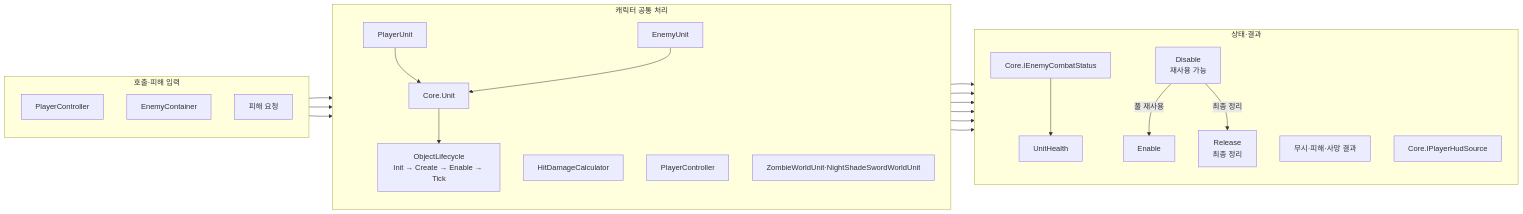
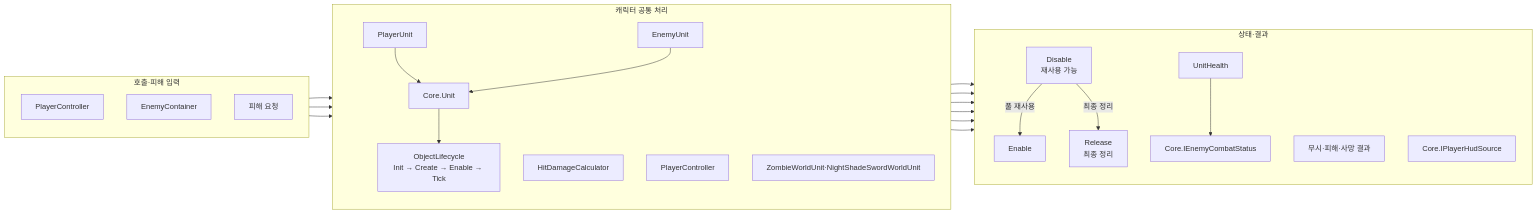
Before and after one commit to rudIsland/3D_Game_Dev: the diagram in WorkSpace/Refact_3DGame/Assets/_Project/04.Core/Character/README.md, drawn with Mermaid. The commit also changed 50 other files, not shown here.

````diff
--- a/WorkSpace/Refact_3DGame/Assets/_Project/04.Core/Character/README.md
+++ b/WorkSpace/Refact_3DGame/Assets/_Project/04.Core/Character/README.md
@@ -29,39 +29,40 @@
 ```mermaid
 flowchart LR
     subgraph input["호출·피해 입력"]
         direction TB
         PlayerController["PlayerController"]
         EnemyContainer["EnemyContainer"]
         HitRequest["피해 요청"]
     end
     subgraph shared["캐릭터 공통 처리"]
         direction TB
         PlayerUnit["PlayerUnit"]
         EnemyUnit["EnemyUnit"]
         Unit["Core.Unit"]
         ObjectLifecycle["ObjectLifecycle<br/>Init → Create → Enable → Tick"]
         HitDamageCalculator["HitDamageCalculator"]
         PlayerControllerHud["PlayerController"]
         EnemyRuntime["ZombieWorldUnit·NightShadeSwordWorldUnit"]
     end
     subgraph state["상태·결과"]
         direction TB
         UnitHealth["UnitHealth"]
         Disable["Disable<br/>재사용 가능"]
         Enable["Enable"]
         Release["Release<br/>최종 정리"]
         DamageResult["무시·피해·사망 결과"]
         PlayerHudContract["Core.IPlayerHudSource"]
         EnemyHudContract["Core.IEnemyCombatStatus"]
     end
     PlayerController --> PlayerUnit --> Unit --> ObjectLifecycle
     EnemyContainer --> EnemyUnit --> Unit
     ObjectLifecycle --> Disable
     Disable -->|풀 재사용| Enable
     Disable -->|최종 정리| Release
     Unit --> UnitHealth
     PlayerControllerHud --> PlayerHudContract
-    EnemyRuntime --> EnemyHudContract --> UnitHealth
+    UnitHealth --> EnemyHudContract
+    EnemyRuntime --> EnemyHudContract
     HitRequest --> HitDamageCalculator --> UnitHealth
     HitDamageCalculator --> DamageResult
 ```
````
